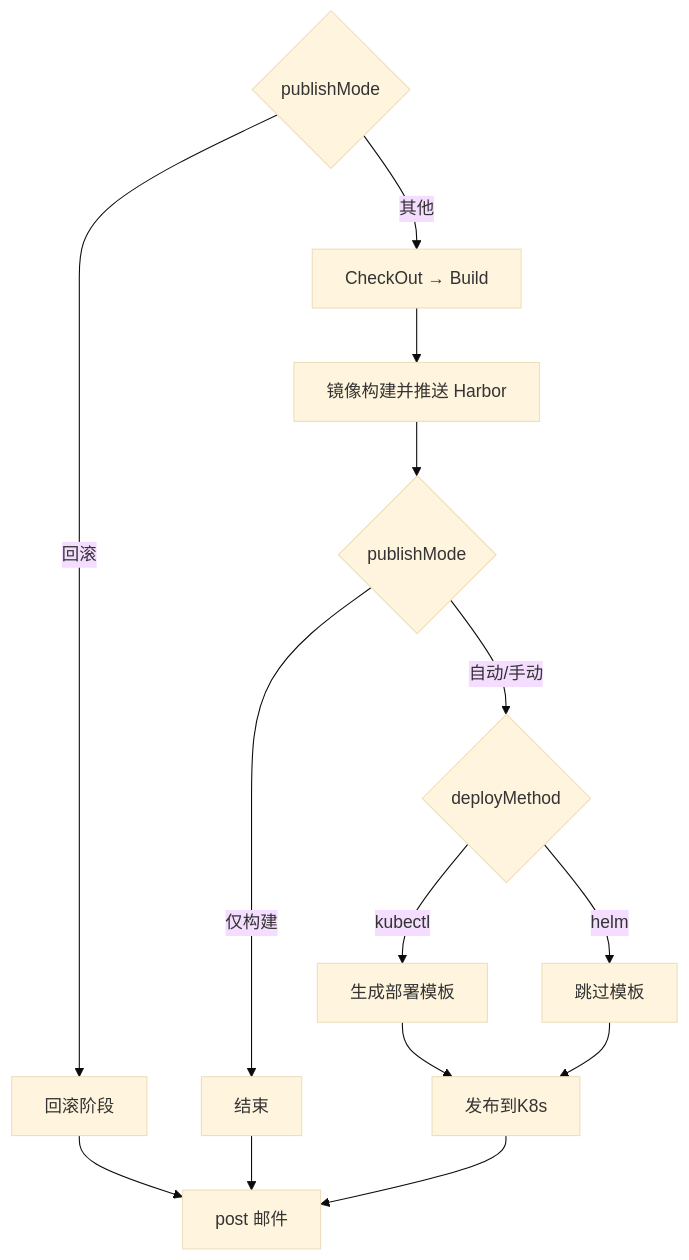
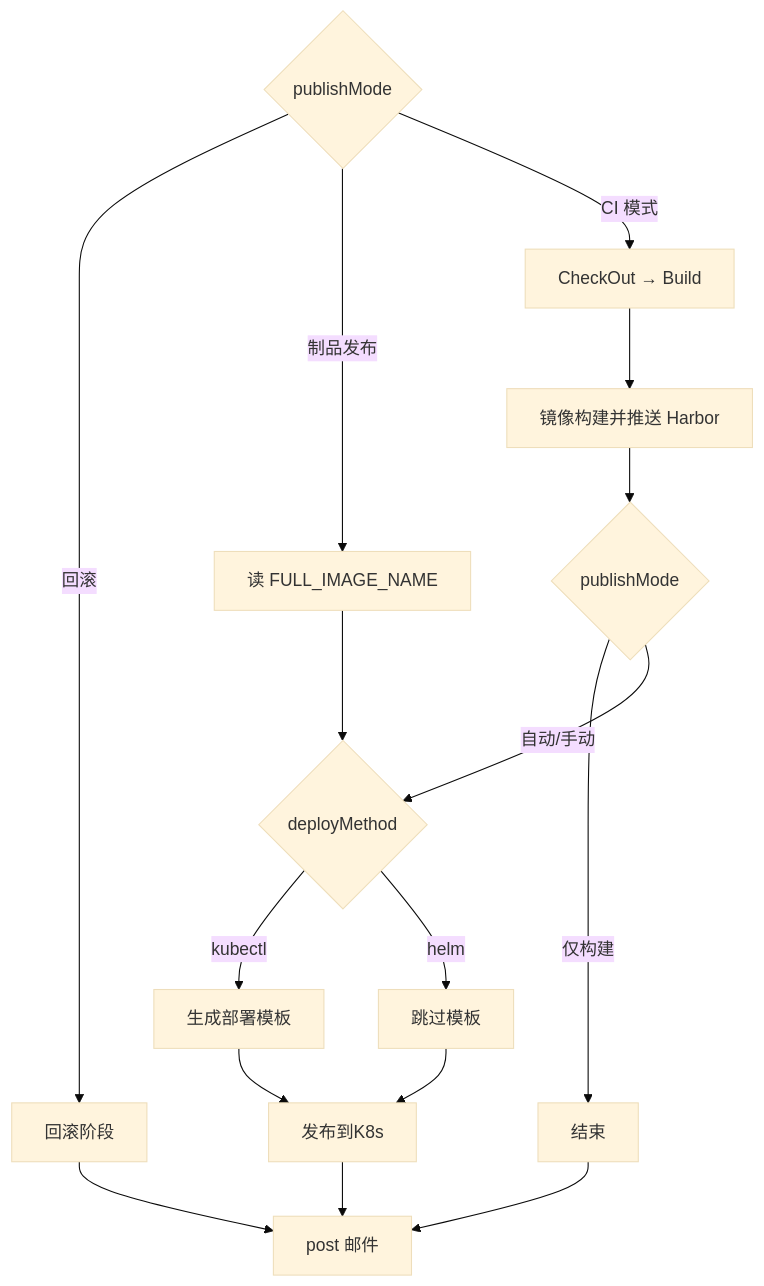
Before and after one commit to AshesToVow/yunshu: the first of 2 diagrams in docs/《企业级K8s容器化部署方案：Jenkins+Harbor+Helm+Gitee+Jenkinsfile自动化实践》.md, drawn with Mermaid (base theme). The commit also changed other lines of this file and 130 other files, not shown here.

````diff
--- a/docs/《企业级K8s容器化部署方案：Jenkins+Harbor+Helm+Gitee+Jenkinsfile自动化实践》.md
+++ b/docs/《企业级K8s容器化部署方案：Jenkins+Harbor+Helm+Gitee+Jenkinsfile自动化实践》.md
@@ -54,16 +57,18 @@
 ```mermaid
 flowchart TD
     A{publishMode} -->|回滚| R[回滚阶段]
-    A -->|其他| B[CheckOut → Build]
+    A -->|制品发布| P[读 FULL_IMAGE_NAME]
+    A -->|CI 模式| B[CheckOut → Build]
     B --> C[镜像构建并推送 Harbor]
     C --> D{publishMode}
     D -->|仅构建| Z[结束]
     D -->|自动/手动| E{deployMethod}
+    P --> E
     E -->|kubectl| F[生成部署模板]
     E -->|helm| G[跳过模板]
     F --> H[发布到K8s]
     G --> H
     H --> I[post 邮件]
     R --> I
     Z --> I
 ```
````
